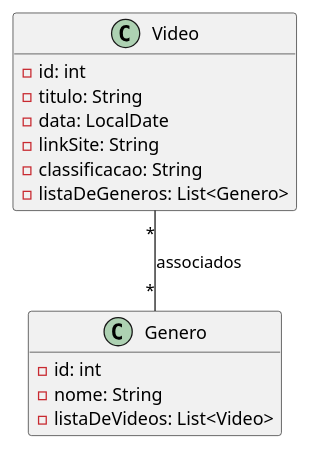
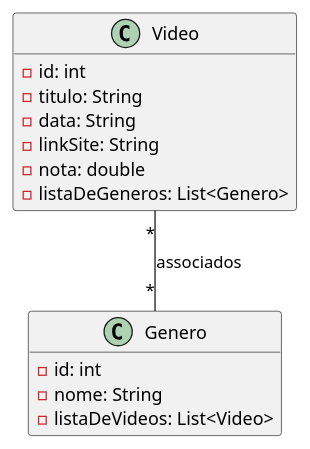
The diagram in docs/Videoteca.UML.v1.drawio.puml (jhenriquecs/FrameStack), drawn with PlantUML before and after one commit. The commit also changed 3 other files, not shown here.

```diff
--- a/docs/Videoteca.UML.v1.drawio.puml
+++ b/docs/Videoteca.UML.v1.drawio.puml
@@ -1,20 +1,20 @@
 @startuml
 hide methods
 
 class Genero {
   - id: int
   - nome: String
   - listaDeVideos: List<Video>
 }
 
 class Video {
   - id: int
   - titulo: String
-  - data: LocalDate
+  - data: String
   - linkSite: String
-  - classificacao: String
+  - nota: double
   - listaDeGeneros: List<Genero>
 }
 
 Video "*" -- "*" Genero : associados
 @enduml
```
